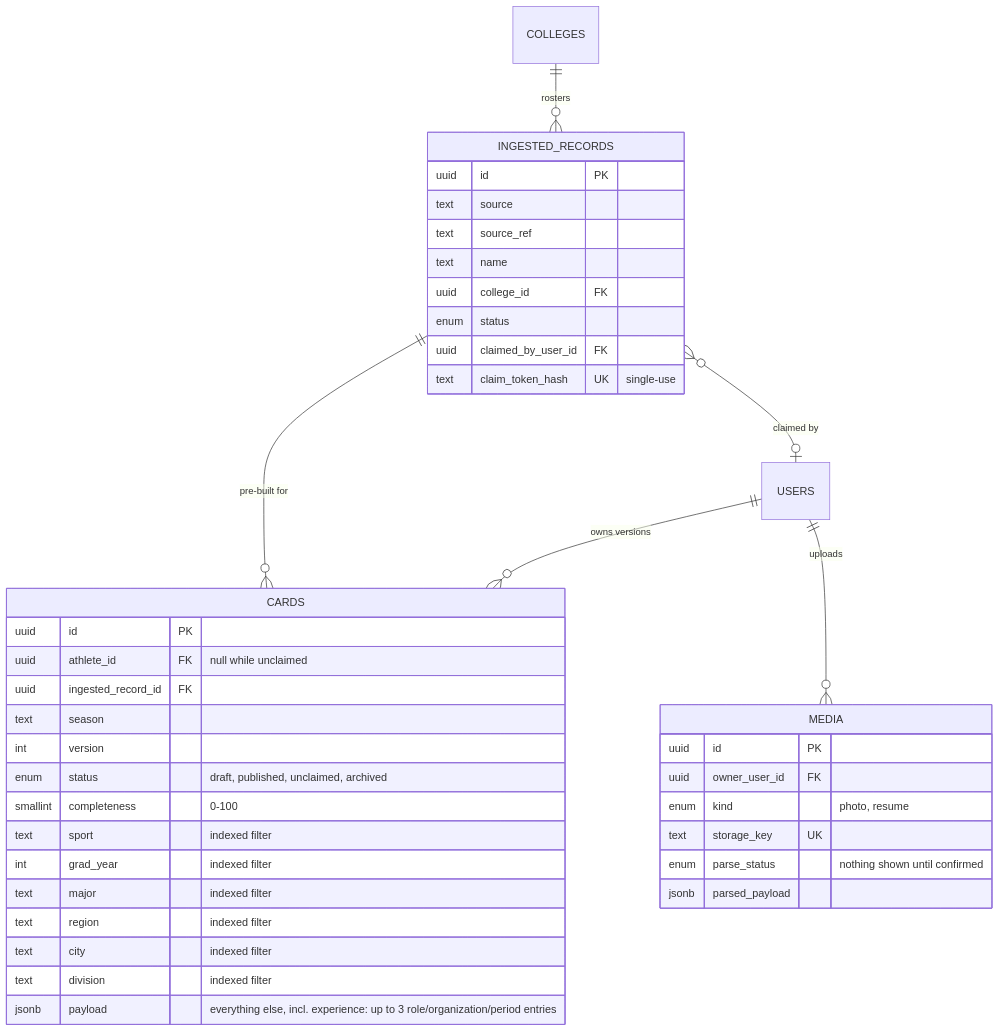
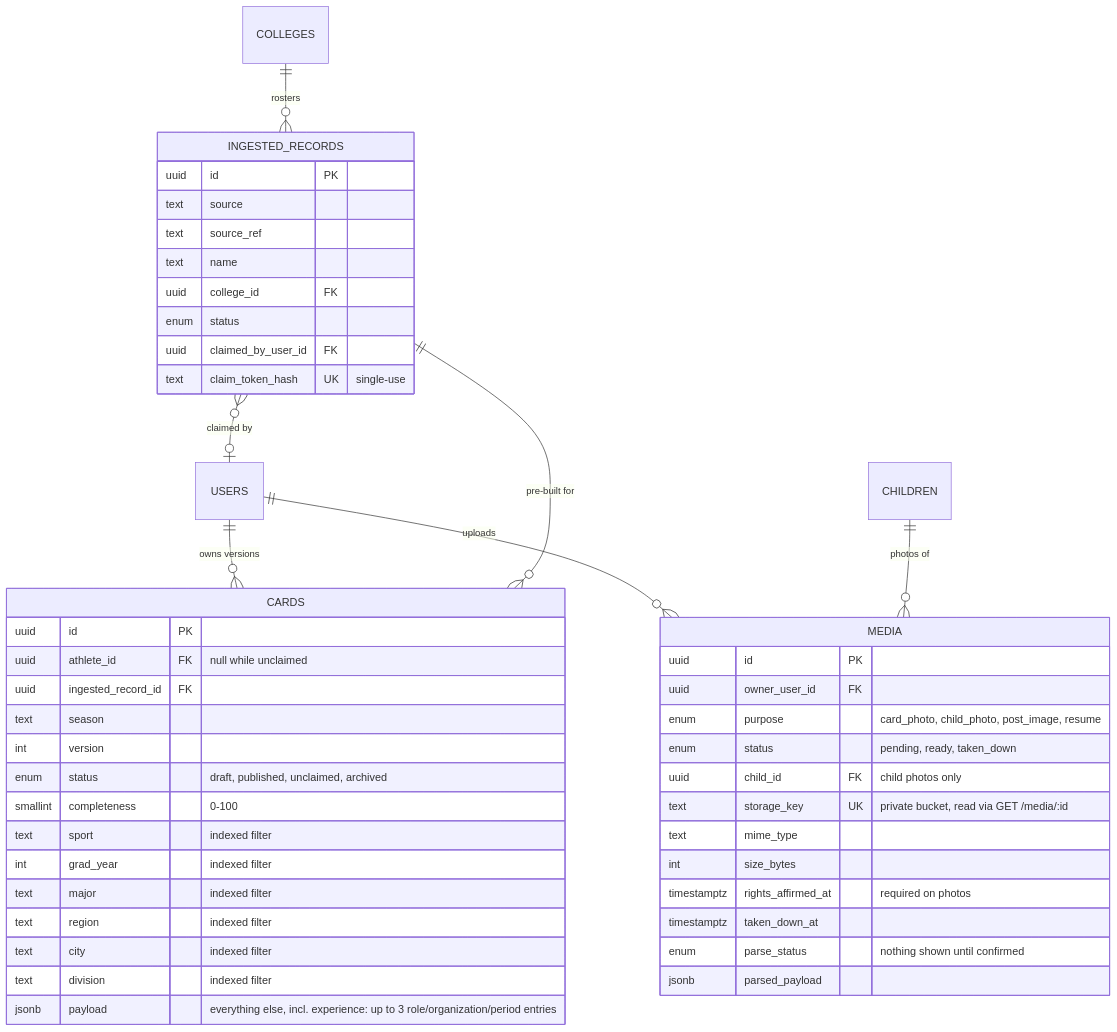
The second of 4 diagrams in docs/data-model.md (shourya0523/Team-Impact-Portal), drawn with Mermaid before and after one commit. The commit also changed other lines of this file and 26 other files, not shown here.

````diff
--- a/docs/data-model.md
+++ b/docs/data-model.md
@@ -160,43 +161,50 @@
 ```mermaid
 erDiagram
     USERS ||--o{ CARDS : "owns versions"
     INGESTED_RECORDS ||--o{ CARDS : "pre-built for"
     INGESTED_RECORDS }o--o| USERS : "claimed by"
     COLLEGES ||--o{ INGESTED_RECORDS : "rosters"
     USERS ||--o{ MEDIA : "uploads"
+    CHILDREN ||--o{ MEDIA : "photos of"
 
     CARDS {
         uuid id PK
         uuid athlete_id FK "null while unclaimed"
         uuid ingested_record_id FK
         text season
         int version
         enum status "draft, published, unclaimed, archived"
         smallint completeness "0-100"
         text sport "indexed filter"
         int grad_year "indexed filter"
         text major "indexed filter"
         text region "indexed filter"
         text city "indexed filter"
         text division "indexed filter"
         jsonb payload "everything else, incl. experience: up to 3 role/organization/period entries"
     }
     INGESTED_RECORDS {
         uuid id PK
         text source
         text source_ref
         text name
         uuid college_id FK
         enum status
         uuid claimed_by_user_id FK
         text claim_token_hash UK "single-use"
     }
     MEDIA {
         uuid id PK
         uuid owner_user_id FK
-        enum kind "photo, resume"
-        text storage_key UK
+        enum purpose "card_photo, child_photo, post_image, resume"
+        enum status "pending, ready, taken_down"
+        uuid child_id FK "child photos only"
+        text storage_key UK "private bucket, read via GET /media/:id"
+        text mime_type
+        int size_bytes
+        timestamptz rights_affirmed_at "required on photos"
+        timestamptz taken_down_at
         enum parse_status "nothing shown until confirmed"
         jsonb parsed_payload
     }
 ```
````
